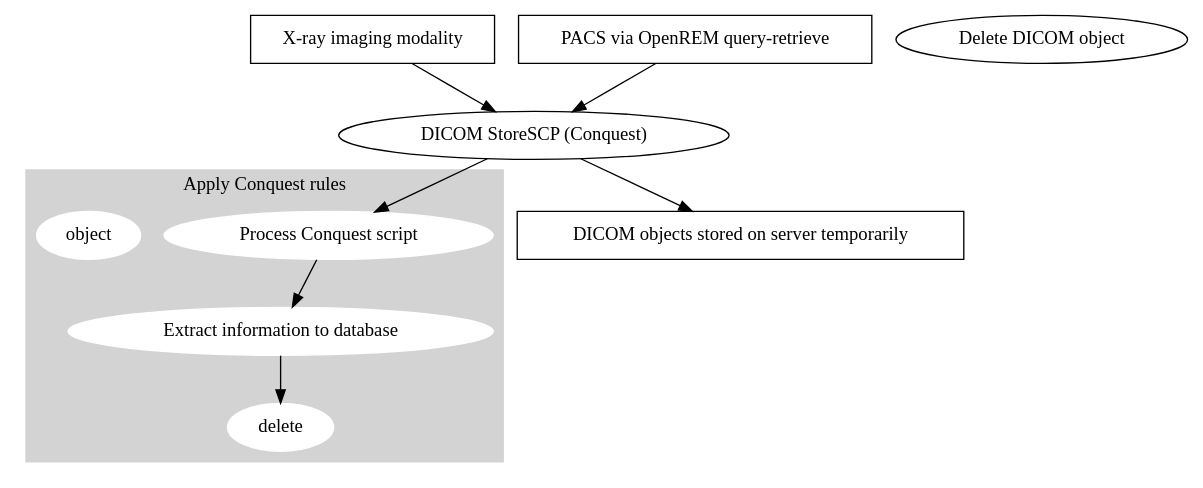
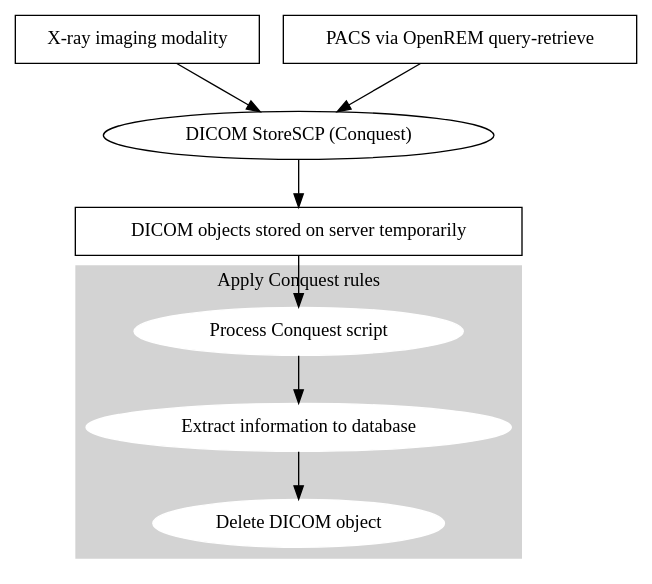
One commit to ckswilliams/modOpenREM changed the diagram in docs/testgraphviz.rst. Above: the diagram before and after it, drawn with Graphviz.

Commit message:
Fixing some typos

```diff
--- a/docs/testgraphviz.rst
+++ b/docs/testgraphviz.rst
@@ -4,24 +4,23 @@
 .. graphviz::
 
    digraph {
       subgraph cluster_rules {
          node [style=filled,color=white];
          style=filled;
          color=lightgrey;
-         conquest_script -> populate_database -> delete object;
+         conquest_script -> populate_database -> delete_object;
          label = "Apply Conquest rules"
       }
 
       modality -> conquest;
       pacs -> conquest;
-      conquest -> storage;
-      conquest -> conquest_script;
+      conquest -> storage -> conquest_script;
 
       modality [shape=box, label="X-ray imaging modality"];
       pacs [shape=box, label="PACS via OpenREM query-retrieve"];
       conquest [label="DICOM StoreSCP (Conquest)"];
       storage [shape=box, label="DICOM objects stored on server temporarily"];
       conquest_script [label="Process Conquest script"];
       populate_database [label="Extract information to database"];
       delete_object [label="Delete DICOM object"];
    }
```
